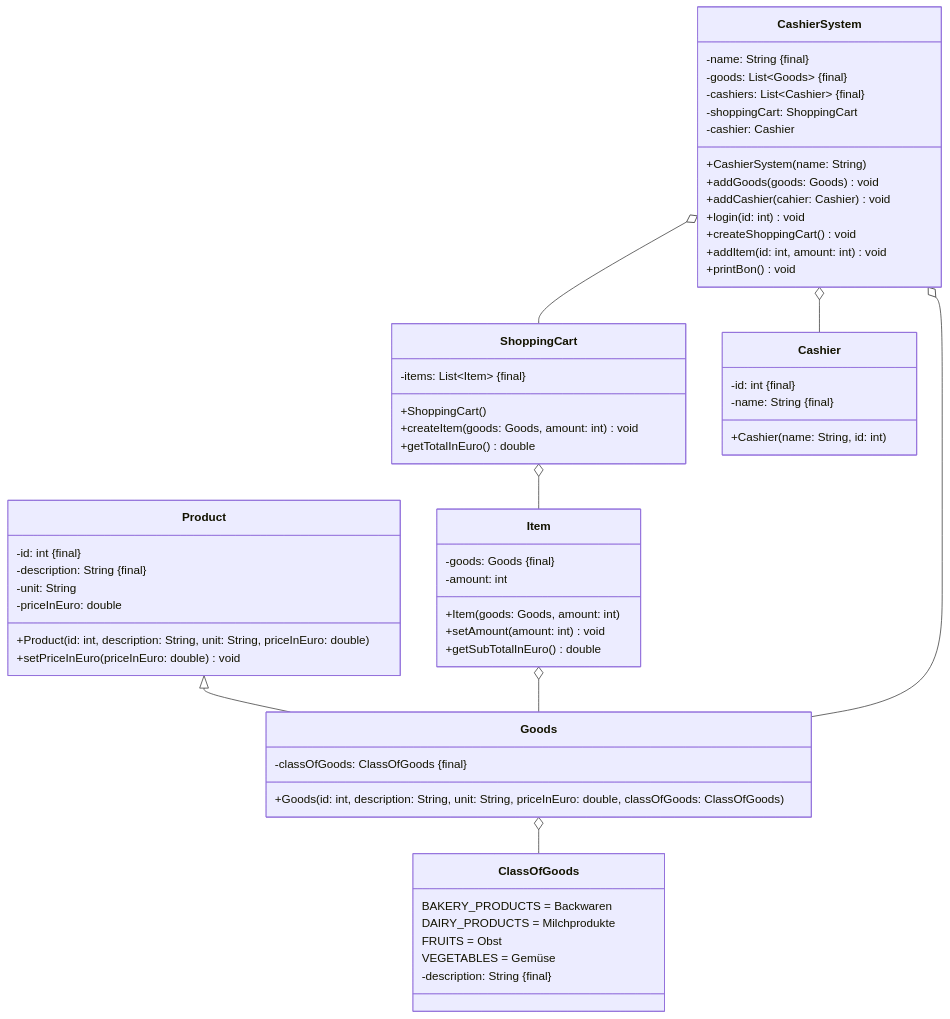
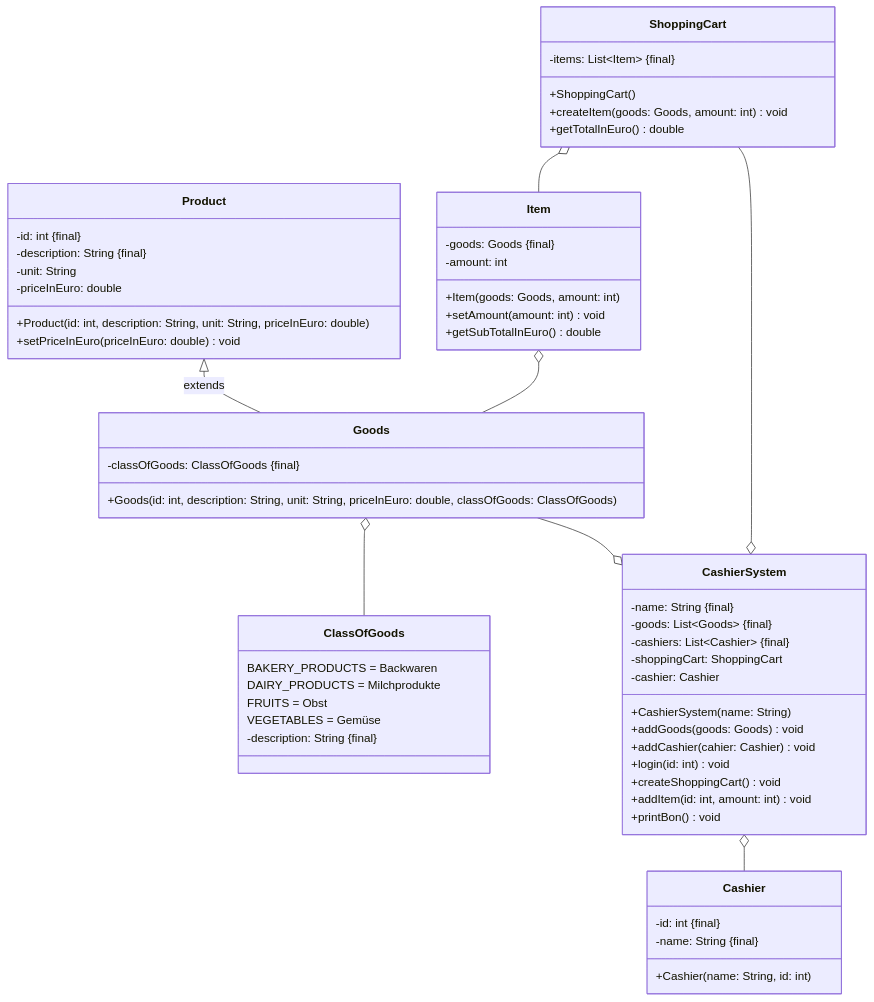
The diagram in docs/exam-exercises/exam-exercises-java1/cashier-system.md (jappuccini/java-docs), drawn with Mermaid before and after one commit. The commit also changed 36 other files, not shown here.

````diff
--- a/docs/exam-exercises/exam-exercises-java1/cashier-system.md
+++ b/docs/exam-exercises/exam-exercises-java1/cashier-system.md
@@ -12,68 +12,68 @@
 ```mermaid
 classDiagram
-    Product <|-- Goods
+    Product <|-- Goods : extends
     Item o-- Goods
     ShoppingCart o-- Item
     Goods o-- ClassOfGoods
-    CashierSystem o-- Goods
+    Goods --o CashierSystem
     CashierSystem o-- Cashier
-    CashierSystem o-- ShoppingCart
+    ShoppingCart --o CashierSystem
 
     class Product {
         -id: int &#123final&#125
         -description: String &#123final&#125
         -unit: String
         -priceInEuro: double
         +Product(id: int, description: String, unit: String, priceInEuro: double)
         +setPriceInEuro(priceInEuro: double) void
     }
 
     class Goods {
         -classOfGoods: ClassOfGoods &#123final&#125
         +Goods(id: int, description: String, unit: String, priceInEuro: double, classOfGoods: ClassOfGoods)
     }
 
     class Item {
         -goods: Goods &#123final&#125
         -amount: int
         +Item(goods: Goods, amount: int)
         +setAmount(amount: int) void
         +getSubTotalInEuro() double
     }
 
     class ShoppingCart {
         -items: List~Item~ &#123final&#125
         +ShoppingCart()
         +createItem(goods: Goods, amount: int) void
         +getTotalInEuro() double
     }
 
     class ClassOfGoods {
         BAKERY_PRODUCTS = Backwaren
         DAIRY_PRODUCTS = Milchprodukte
         FRUITS = Obst
         VEGETABLES = Gemüse
         -description: String &#123final&#125
     }
 
     class CashierSystem {
         -name: String &#123final&#125
         -goods: List~Goods~ &#123final&#125
         -cashiers: List~Cashier~ &#123final&#125
         -shoppingCart: ShoppingCart
         -cashier: Cashier
         +CashierSystem(name: String)
         +addGoods(goods: Goods) void
         +addCashier(cahier: Cashier) void
         +login(id: int) void
         +createShoppingCart() void
         +addItem(id: int, amount: int) void
         +printBon() void
     }
 
     class Cashier {
         -id: int &#123final&#125
         -name: String &#123final&#125
         +Cashier(name: String, id: int)
     }
 ```
````
